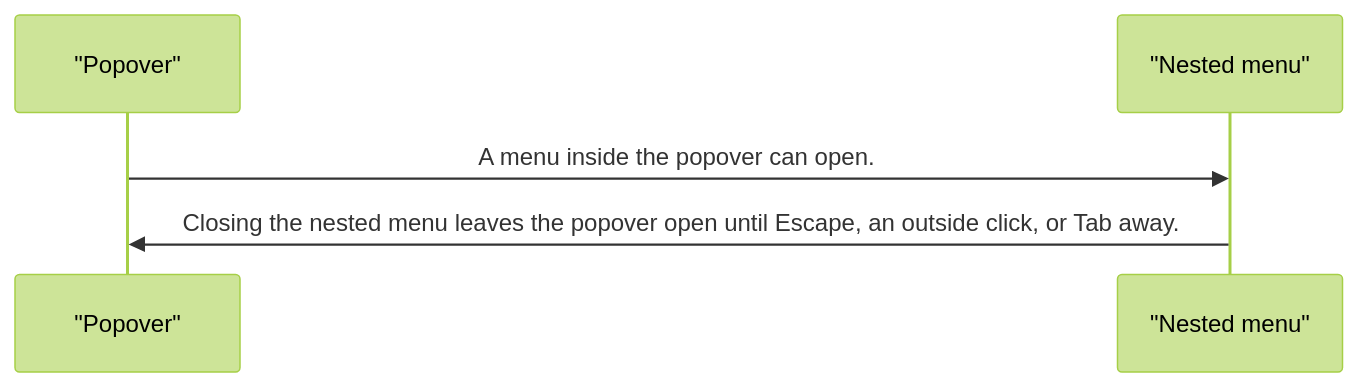
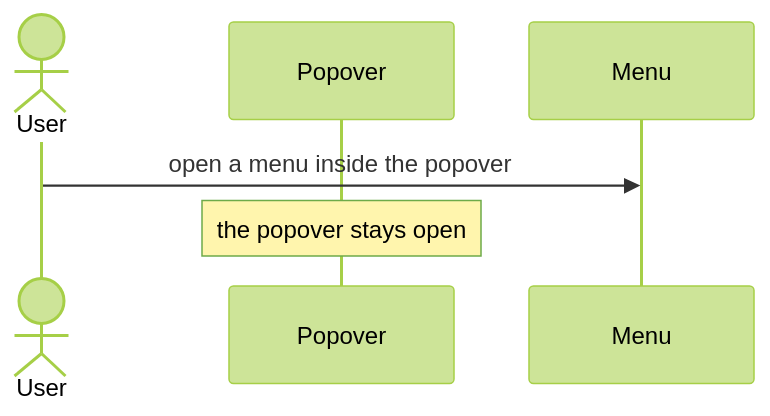
One commit to RajshekharBorate/pixel-ui changed the fourth of 4 diagrams in projects/pixel-ui/src/lib/pixel-popover/DESIGN.md. Above: the diagram before and after it, drawn with Mermaid (forest theme). The commit also changed other lines of this file and 73 other files, not shown here.

Commit message:
Explain who owns each value and what each flow does in every component and service design.

````diff
--- a/projects/pixel-ui/src/lib/pixel-popover/DESIGN.md
+++ b/projects/pixel-ui/src/lib/pixel-popover/DESIGN.md
@@ -73,7 +98,8 @@
 ```mermaid
 sequenceDiagram
-  participant panel as "Popover"
-  participant nested as "Nested menu"
-  panel->>nested: A menu inside the popover can open.
-  nested->>panel: Closing the nested menu leaves the popover open until Escape, an outside click, or Tab away.
+  actor User
+  participant Pop as Popover
+  participant Menu
+  User->>Menu: open a menu inside the popover
+  Note over Pop: the popover stays open
 ```
````
